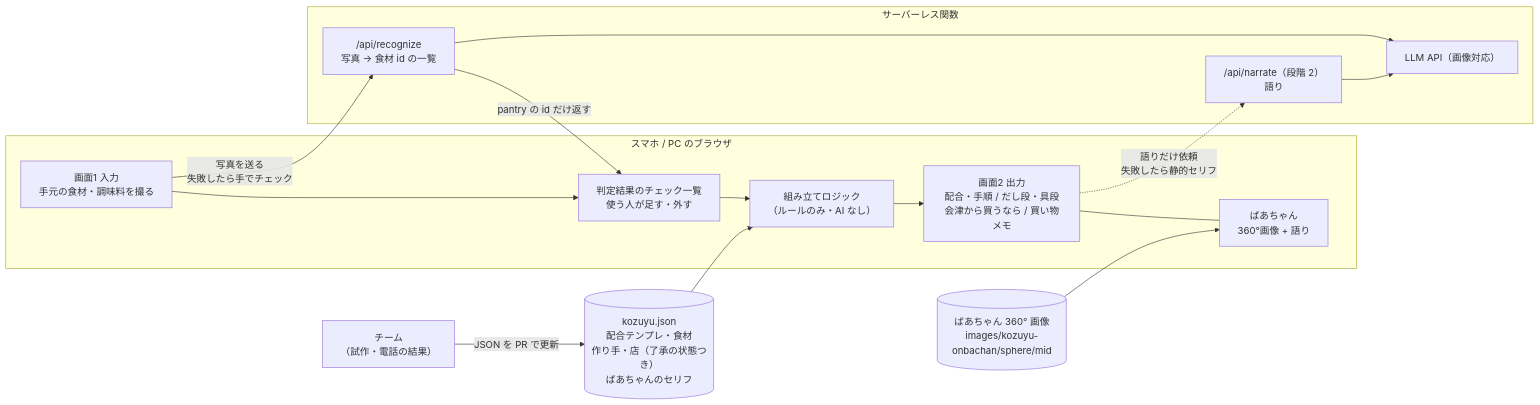
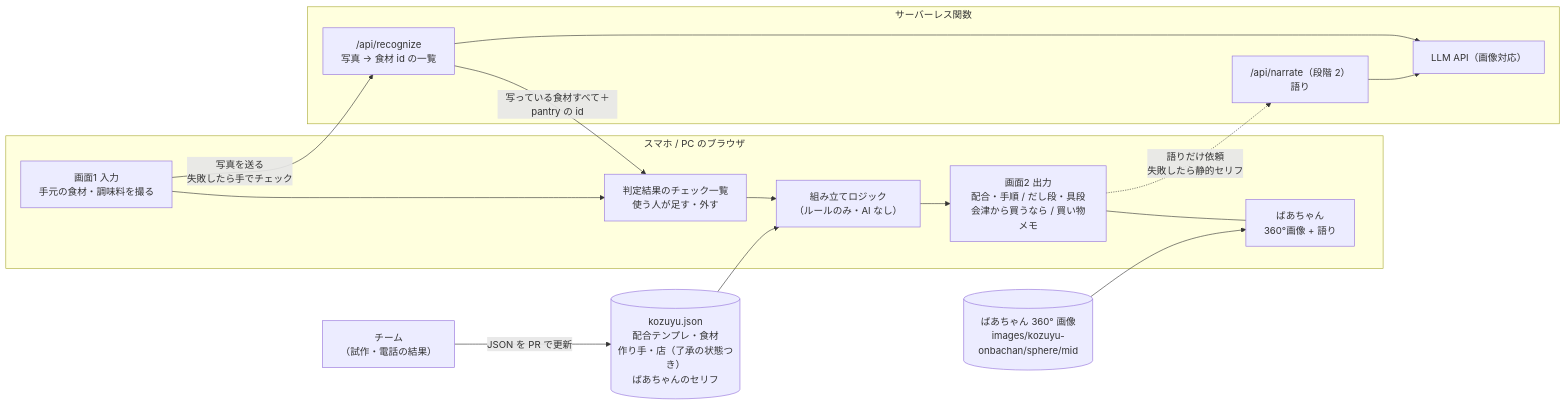
Before and after one commit to ashilal1/aict_hackathon_2026: the diagram in docs/architecture.md, drawn with Mermaid. The commit also changed other lines of this file and 15 other files, not shown here.

````diff
--- a/docs/architecture.md
+++ b/docs/architecture.md
@@ -26,31 +26,31 @@
 ```mermaid
 flowchart LR
   subgraph Browser["スマホ / PC のブラウザ"]
     PHOTO["画面1 入力<br/>手元の食材・調味料を撮る"]
     IN["判定結果のチェック一覧<br/>使う人が足す・外す"]
     LOGIC["組み立てロジック<br/>（ルールのみ・AI なし）"]
     PHOTO --> IN
     OUT["画面2 出力<br/>配合・手順 / だし段・具段<br/>会津から買うなら / 買い物メモ"]
     GRANNY["ばあちゃん<br/>360°画像 + 語り"]
     IN --> LOGIC --> OUT
     OUT --- GRANNY
   end
 
   DATA[("kozuyu.json<br/>配合テンプレ・食材<br/>作り手・店（了承の状態つき）<br/>ばあちゃんのセリフ")]
   IMG[("ばあちゃん 360° 画像<br/>images/kozuyu-onbachan/sphere/mid")]
   DATA --> LOGIC
   IMG --> GRANNY
 
   subgraph Server["サーバーレス関数"]
     REC["/api/recognize<br/>写真 → 食材 id の一覧"]
     API["/api/narrate（段階 2）<br/>語り"]
     LLM["LLM API（画像対応）"]
     REC --> LLM
     API --> LLM
   end
   PHOTO -- "写真を送る<br/>失敗したら手でチェック" --> REC
-  REC -- "pantry の id だけ返す" --> IN
+  REC -- "写っている食材すべて＋pantry の id" --> IN
   OUT -. "語りだけ依頼<br/>失敗したら静的セリフ" .-> API
 
   TEAM["チーム<br/>（試作・電話の結果）"] -- "JSON を PR で更新" --> DATA
 ```
````
